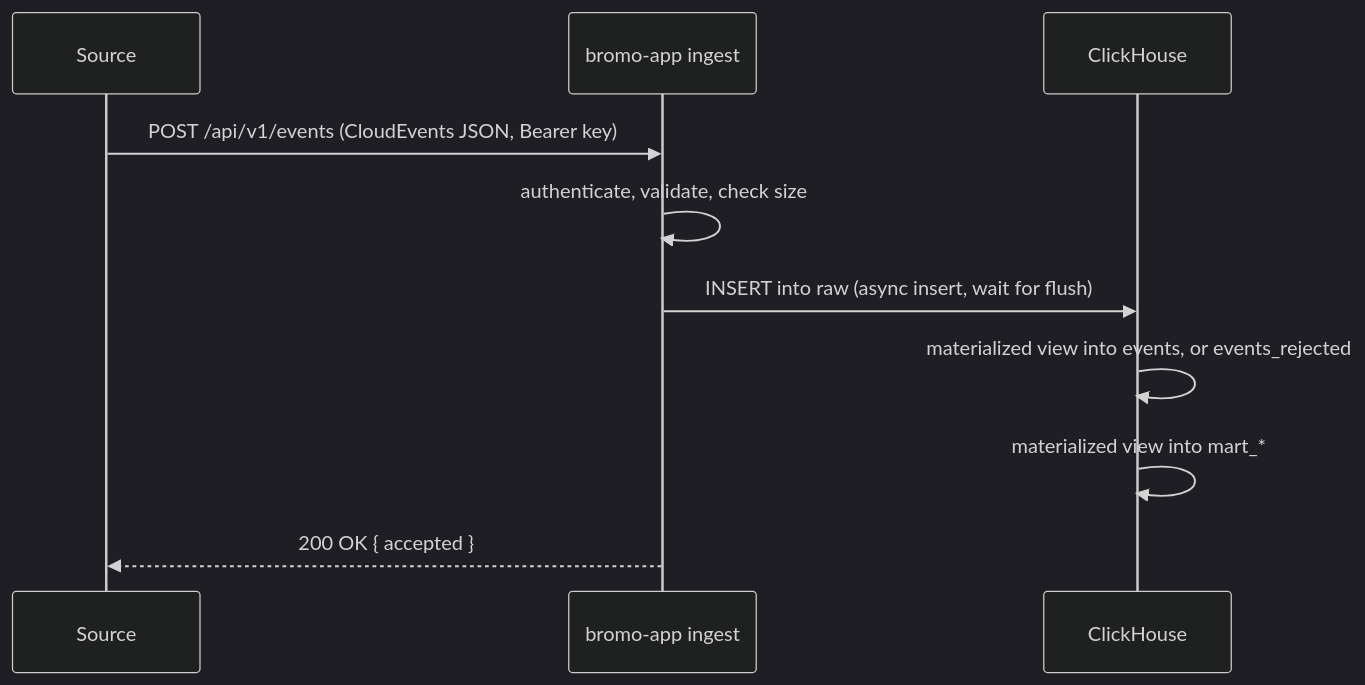
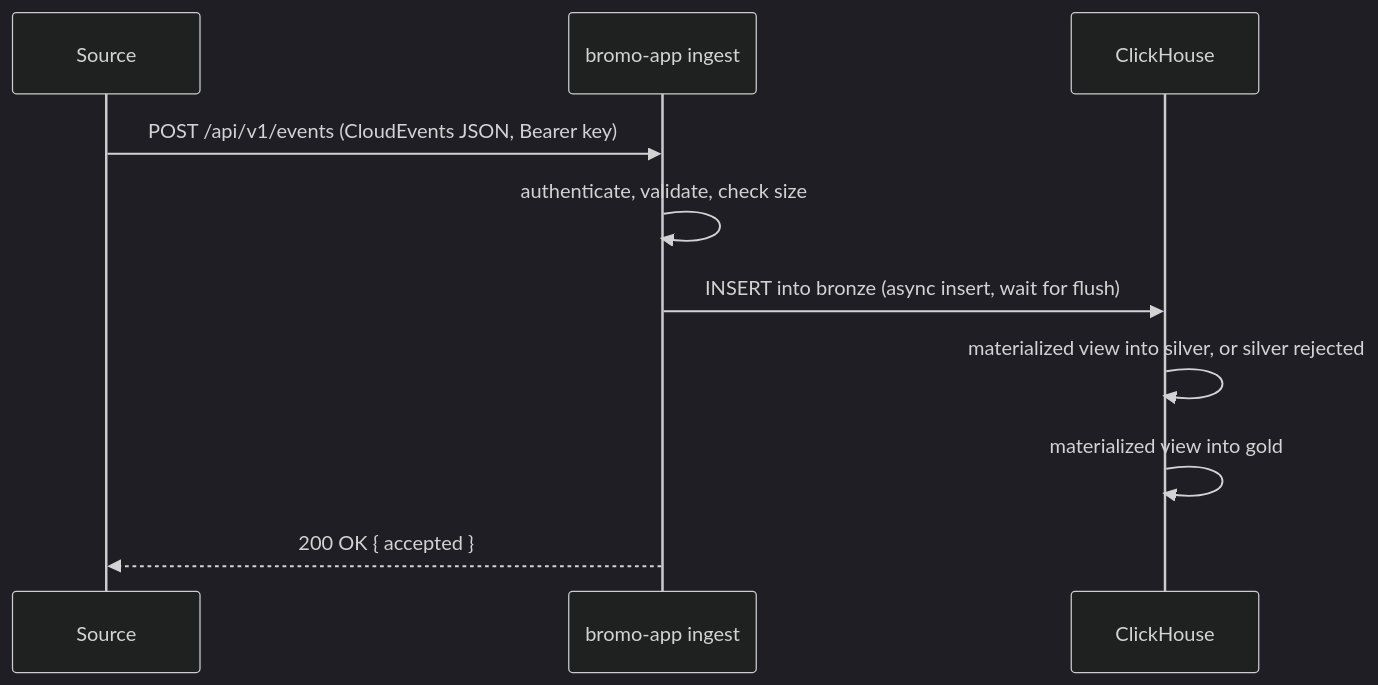
The second of 2 diagrams in docs/ARCHITECTURE.md (raihanpka/streaming-elt-clickhouse-with-ai), drawn with Mermaid (dark theme) before and after one commit. The commit also changed other lines of this file and 120 other files, not shown here.

````diff
--- a/docs/ARCHITECTURE.md
+++ b/docs/ARCHITECTURE.md
@@ -88,13 +86,13 @@
 ```mermaid
 sequenceDiagram
     participant S as Source
     participant A as bromo-app ingest
     participant W as ClickHouse
 
     S->>A: POST /api/v1/events (CloudEvents JSON, Bearer key)
     A->>A: authenticate, validate, check size
-    A->>W: INSERT into raw (async insert, wait for flush)
-    W->>W: materialized view into events, or events_rejected
-    W->>W: materialized view into mart_*
+    A->>W: INSERT into bronze (async insert, wait for flush)
+    W->>W: materialized view into silver, or silver rejected
+    W->>W: materialized view into gold
     A-->>S: 200 OK { accepted }
 ```
````
